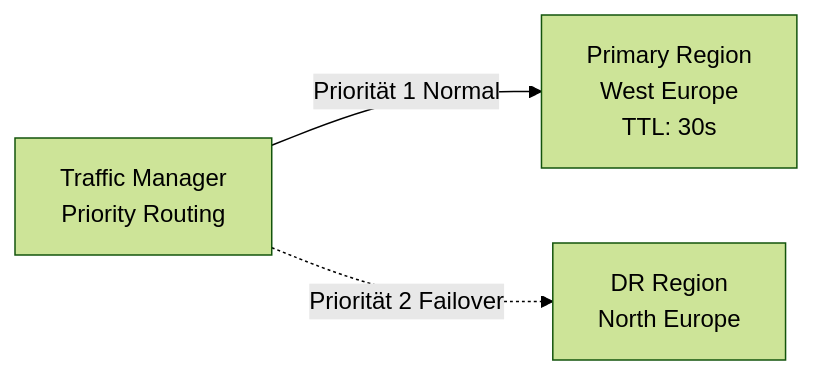
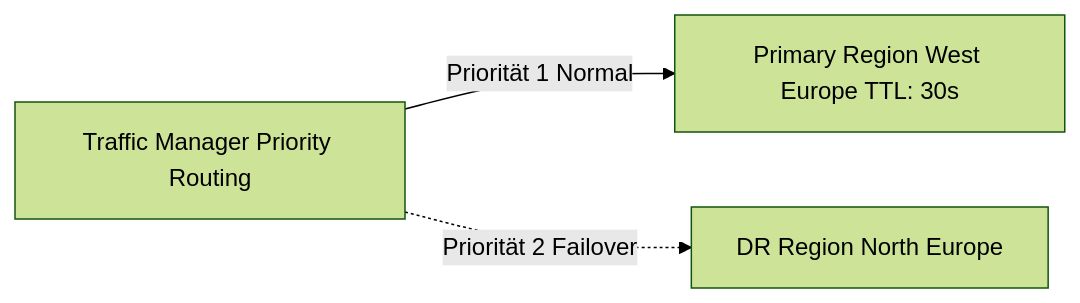
The seventh of 7 diagrams in Microsoft 365/Azure/Netzwerk/Azure Traffic Manager.md (SoniiiT/notes-n-docs), drawn with Mermaid (forest theme) before and after one commit. The commit also changed other lines of this file and 124 other files, not shown here.

First line of the commit message:
fix: Entferne \n aus allen Mermaid-Diagrammen (125 Dateien)

````diff
--- a/Microsoft 365/Azure/Netzwerk/Azure Traffic Manager.md
+++ b/Microsoft 365/Azure/Netzwerk/Azure Traffic Manager.md
@@ -232,5 +232,5 @@
 ```mermaid
 graph LR
-    TM[Traffic Manager\nPriority Routing] -->|Priorität 1 Normal| PRIMARY[Primary Region\nWest Europe\nTTL: 30s]
-    TM -.->|Priorität 2 Failover| DR[DR Region\nNorth Europe]
+    TM[Traffic Manager Priority Routing] -->|Priorität 1 Normal| PRIMARY[Primary Region West Europe TTL: 30s]
+    TM -.->|Priorität 2 Failover| DR[DR Region North Europe]
 ```
````
